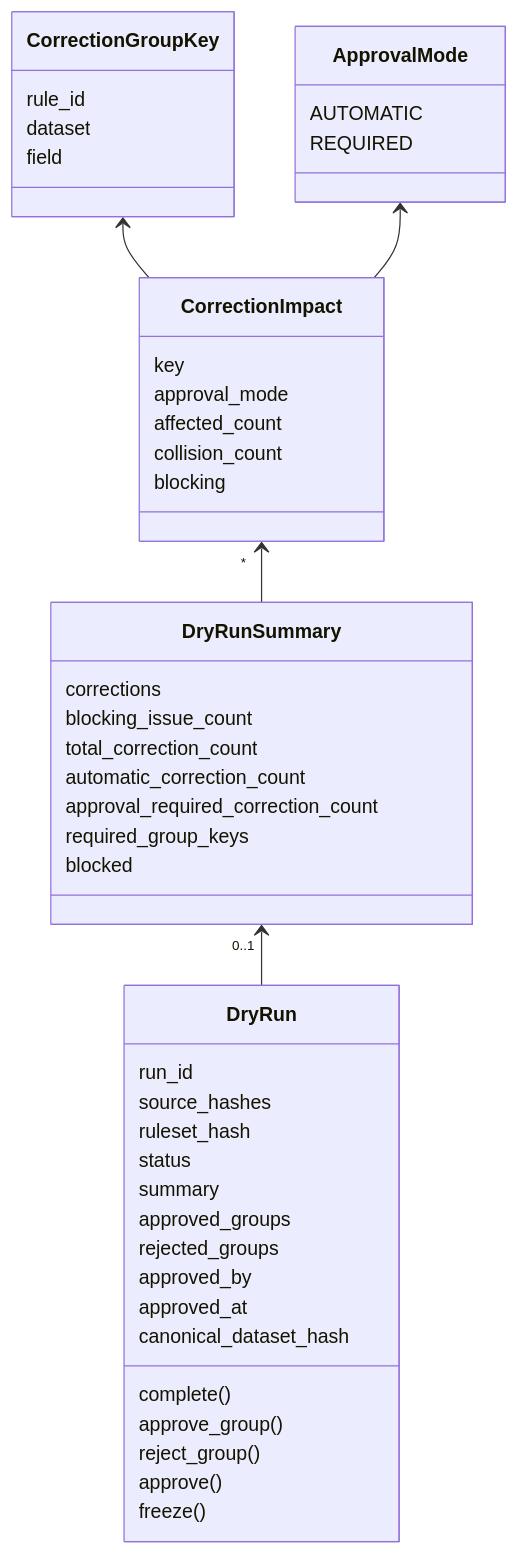
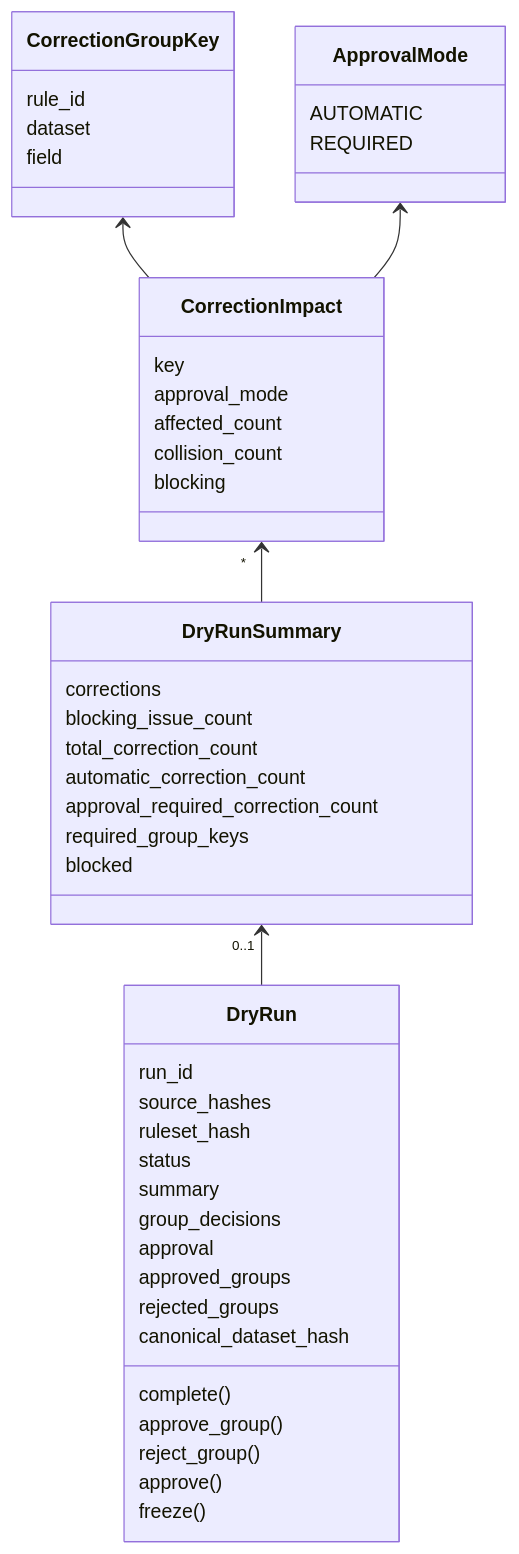
One commit to fderyckel/dev-impodo changed the first of 2 diagrams in docs/architecture/normalization-governance.md. Above: the diagram before and after it, drawn with Mermaid. The commit also changed other lines of this file and 18 other files, not shown here.

````diff
--- a/docs/architecture/normalization-governance.md
+++ b/docs/architecture/normalization-governance.md
@@ -43,54 +43,54 @@
 ```mermaid
 classDiagram
     class ApprovalMode {
         AUTOMATIC
         REQUIRED
     }
 
     class CorrectionGroupKey {
         rule_id
         dataset
         field
     }
 
     class CorrectionImpact {
         key
         approval_mode
         affected_count
         collision_count
         blocking
     }
 
     class DryRunSummary {
         corrections
         blocking_issue_count
         total_correction_count
         automatic_correction_count
         approval_required_correction_count
         required_group_keys
         blocked
     }
 
     class DryRun {
         run_id
         source_hashes
         ruleset_hash
         status
         summary
+        group_decisions
+        approval
         approved_groups
         rejected_groups
-        approved_by
-        approved_at
         canonical_dataset_hash
         complete()
         approve_group()
         reject_group()
         approve()
         freeze()
     }
 
     CorrectionGroupKey <-- CorrectionImpact
     ApprovalMode <-- CorrectionImpact
     CorrectionImpact "*" <-- DryRunSummary
     DryRunSummary "0..1" <-- DryRun
 ```
````
